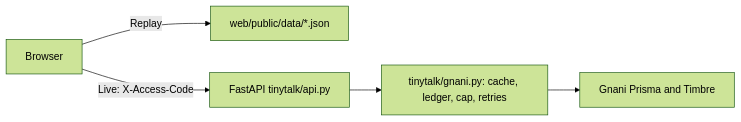
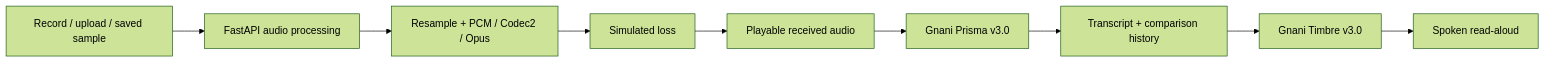
The diagram in README.md (yaadhuu/Awaaz), drawn with Mermaid (forest theme) before and after one commit. The commit also changed other lines of this file and 111 other files, not shown here.

````diff
--- a/README.md
+++ b/README.md
@@ -130,7 +80,11 @@
 ```mermaid
 flowchart LR
-  B[Browser] -->|Replay| D[web/public/data/*.json]
-  B -->|Live: X-Access-Code| A[FastAPI tinytalk/api.py]
-  A --> G[tinytalk/gnani.py: cache, ledger, cap, retries]
-  G --> V[Gnani Prisma and Timbre]
+    A[Record / upload / saved sample] --> B[FastAPI audio processing]
+    B --> C[Resample + PCM / Codec2 / Opus]
+    C --> D[Simulated loss]
+    D --> E[Playable received audio]
+    E --> F[Gnani Prisma v3.0]
+    F --> G[Transcript + comparison history]
+    G --> H[Gnani Timbre v3.0]
+    H --> I[Spoken read-aloud]
 ```
````
